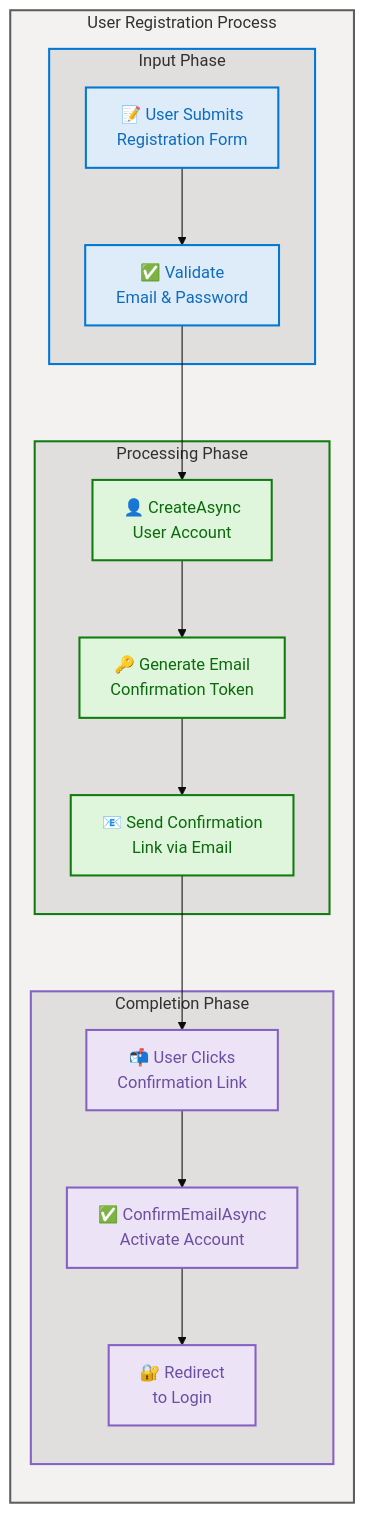
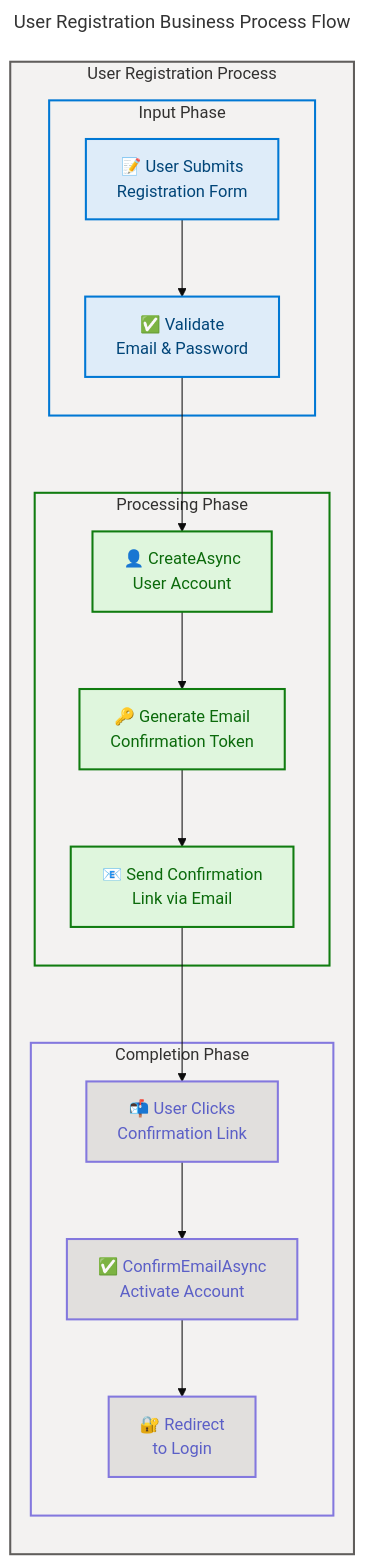
Before and after one commit to Evilazaro/IdentityProvider: the eighth of 11 diagrams in docs/architecture/business-architecture.md, drawn with Mermaid.

Commit message:
Enhance User Registration Business Process Flow diagram with improved semantic structure, accessibility features, and styling for better clarity in business architecture documentation

````diff
--- a/docs/architecture/business-architecture.md
+++ b/docs/architecture/business-architecture.md
@@ -1053,53 +1053,69 @@
 ```mermaid
 ---
+title: User Registration Business Process Flow
 config:
   theme: base
   look: classic
   layout: dagre
   themeVariables:
     fontSize: '16px'
+  flowchart:
+    htmlLabels: true
 ---
 flowchart LR
     accTitle: User Registration Business Process Flow
     accDescr: Shows the end-to-end registration process from form submission through email confirmation to active account
+
+    %% ═══════════════════════════════════════════════════════════════
+    %% AZURE / FLUENT ARCHITECTURE PATTERN v1.1
+    %% Semantic + Structural + Font + Accessibility Governance
+    %% ═══════════════════════════════════════════════════════════════
+    %% PHASE 1 — STRUCTURAL: Direction explicit, nesting ≤ 3
+    %% PHASE 2 — SEMANTIC: Max 5 classes, neutral-first
+    %% PHASE 3 — FONT: Dark text on light backgrounds ≥ 4.5:1
+    %% PHASE 4 — ACCESSIBILITY: accTitle + accDescr + icons on all nodes
+    %% PHASE 5 — STANDARD: Governance block + classDefs centralized
+    %% ═══════════════════════════════════════════════════════════════
 
     subgraph main["User Registration Process"]
         subgraph inputPhase["Input Phase"]
             A["📝 User Submits<br/>Registration Form"]
             B["✅ Validate<br/>Email & Password"]
         end
 
         subgraph processingPhase["Processing Phase"]
             C["👤 CreateAsync<br/>User Account"]
             D["🔑 Generate Email<br/>Confirmation Token"]
             E["📧 Send Confirmation<br/>Link via Email"]
         end
 
         subgraph completionPhase["Completion Phase"]
             F["📬 User Clicks<br/>Confirmation Link"]
             G["✅ ConfirmEmailAsync<br/>Activate Account"]
             H["🔐 Redirect<br/>to Login"]
         end
     end
 
     A --> B
     B --> C
     C --> D
     D --> E
     E --> F
     F --> G
     G --> H
 
+    %% Semantic classDefs
+    classDef core fill:#DEECF9,stroke:#0078D4,stroke-width:2px,color:#004578
+    classDef success fill:#DFF6DD,stroke:#107C10,stroke-width:2px,color:#0B6A0B
+    classDef data fill:#E1DFDD,stroke:#8378DE,stroke-width:2px,color:#5B5FC7
+
+    class A,B core
+    class C,D,E success
+    class F,G,H data
+
+    %% Subgraph styling
     style main fill:#F3F2F1,stroke:#605E5C,stroke-width:2px,color:#323130
-    style inputPhase fill:#E1DFDD,stroke:#0078D4,stroke-width:2px,color:#323130
-    style processingPhase fill:#E1DFDD,stroke:#107C10,stroke-width:2px,color:#323130
-    style completionPhase fill:#E1DFDD,stroke:#8661C5,stroke-width:2px,color:#323130
-    style A fill:#DEECF9,stroke:#0078D4,stroke-width:2px,color:#0F6CBD
-    style B fill:#DEECF9,stroke:#0078D4,stroke-width:2px,color:#0F6CBD
-    style C fill:#DFF6DD,stroke:#107C10,stroke-width:2px,color:#0B6A0B
-    style D fill:#DFF6DD,stroke:#107C10,stroke-width:2px,color:#0B6A0B
-    style E fill:#DFF6DD,stroke:#107C10,stroke-width:2px,color:#0B6A0B
-    style F fill:#EDE3F6,stroke:#8661C5,stroke-width:2px,color:#6B4FA0
-    style G fill:#EDE3F6,stroke:#8661C5,stroke-width:2px,color:#6B4FA0
-    style H fill:#EDE3F6,stroke:#8661C5,stroke-width:2px,color:#6B4FA0
+    style inputPhase fill:#F3F2F1,stroke:#0078D4,stroke-width:2px,color:#323130
+    style processingPhase fill:#F3F2F1,stroke:#107C10,stroke-width:2px,color:#323130
+    style completionPhase fill:#F3F2F1,stroke:#8378DE,stroke-width:2px,color:#323130
 ```
````
